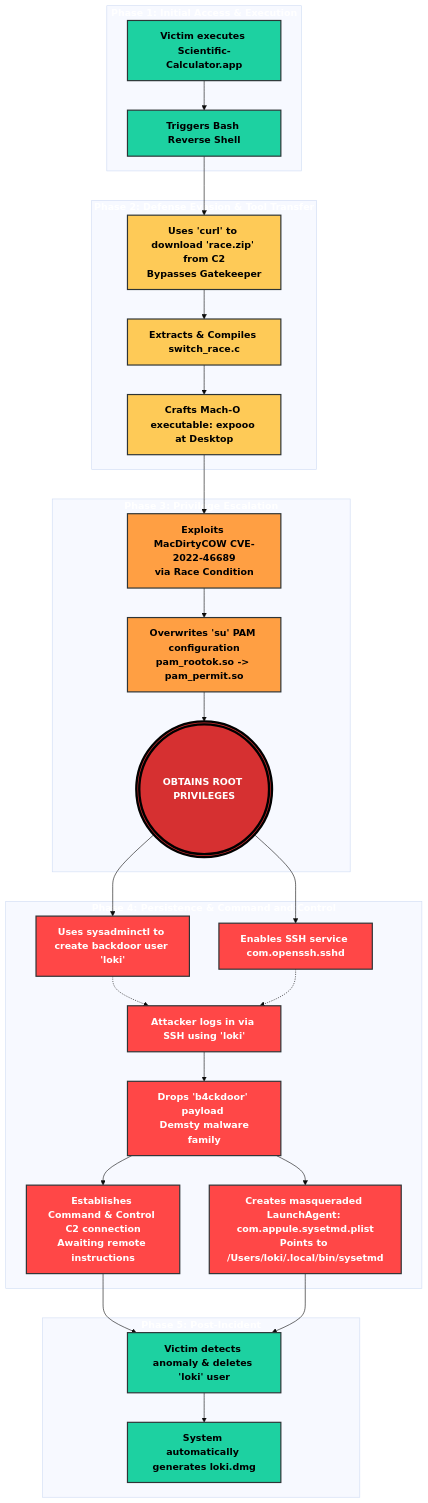
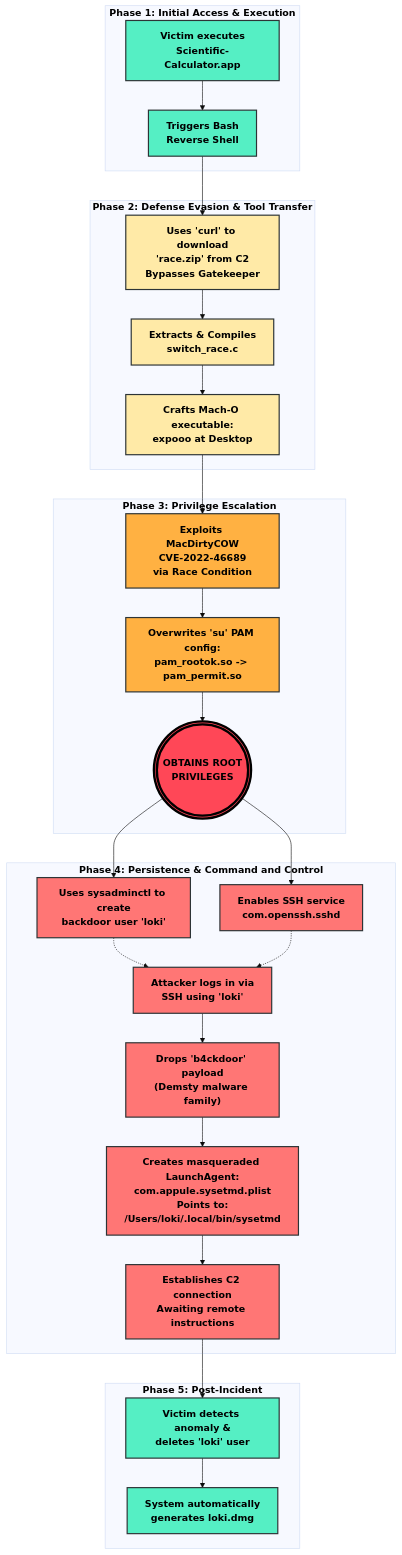
Before and after one commit to kitnee/CTF_WriteUps: the diagram in Sherlock/Ruse/wu.md, drawn with Mermaid (base theme).

Commit message:
Update mermaid diagram for attack chain phases

````diff
--- a/Sherlock/Ruse/wu.md
+++ b/Sherlock/Ruse/wu.md
@@ -587,40 +587,40 @@
 ```mermaid
 flowchart TD
-    classDef red fill:#ff4747,stroke:#2d3436,stroke-width:2px,color:#ffffff,font-weight:bold;
-    classDef orange fill:#ff9f43,stroke:#2d3436,stroke-width:2px,color:#000000,font-weight:bold;
-    classDef yellow fill:#feca57,stroke:#2d3436,stroke-width:2px,color:#000000,font-weight:bold;
-    classDef green fill:#1dd1a1,stroke:#2d3436,stroke-width:2px,color:#000000,font-weight:bold;
-    classDef root fill:#d63031,stroke:#000000,stroke-width:4px,color:#ffffff,font-weight:bold;
+    %% Đổi toàn bộ chữ sang màu đen (#000000) và dùng màu nền Pastel để chống lỗi hiển thị
+    classDef red fill:#ff7675,stroke:#2d3436,stroke-width:2px,color:#000000,font-weight:bold;
+    classDef orange fill:#ffb142,stroke:#2d3436,stroke-width:2px,color:#000000,font-weight:bold;
+    classDef yellow fill:#ffeaa7,stroke:#2d3436,stroke-width:2px,color:#000000,font-weight:bold;
+    classDef green fill:#55efc4,stroke:#2d3436,stroke-width:2px,color:#000000,font-weight:bold;
+    classDef root fill:#ff4757,stroke:#000000,stroke-width:4px,color:#000000,font-weight:bold;
 
-    subgraph Phase 1: Initial Access & Execution
-        A[Victim executes Scientific-Calculator.app]:::green --> B[Triggers Bash Reverse Shell]:::green
+    subgraph Phase1 ["Phase 1: Initial Access & Execution"]
+        A["Victim executes<br/>Scientific-Calculator.app"]:::green --> B["Triggers Bash<br/>Reverse Shell"]:::green
     end
 
-    subgraph Phase 2: Defense Evasion & Tool Transfer
-        B --> C[Uses 'curl' to download 'race.zip' from C2<br/>Bypasses Gatekeeper]:::yellow
-        C --> D[Extracts & Compiles switch_race.c]:::yellow
-        D --> E[Crafts Mach-O executable: expooo at Desktop]:::yellow
+    subgraph Phase2 ["Phase 2: Defense Evasion & Tool Transfer"]
+        B --> C["Uses 'curl' to download<br/>'race.zip' from C2<br/>Bypasses Gatekeeper"]:::yellow
+        C --> D["Extracts & Compiles<br/>switch_race.c"]:::yellow
+        D --> E["Crafts Mach-O executable:<br/>expooo at Desktop"]:::yellow
     end
 
-    subgraph Phase 3: Privilege Escalation
-        E --> F[Exploits MacDirtyCOW CVE-2022-46689<br/>via Race Condition]:::orange
-        F --> G[Overwrites 'su' PAM configuration<br/>pam_rootok.so -> pam_permit.so]:::orange
-        G --> H(((OBTAINS ROOT PRIVILEGES))):::root
+    subgraph Phase3 ["Phase 3: Privilege Escalation"]
+        E --> F["Exploits MacDirtyCOW<br/>CVE-2022-46689<br/>via Race Condition"]:::orange
+        F --> G["Overwrites 'su' PAM config:<br/>pam_rootok.so -> pam_permit.so"]:::orange
+        G --> H((("OBTAINS ROOT<br/>PRIVILEGES"))):::root
     end
 
-    subgraph Phase 4: Persistence & Command and Control
-        H --> I[Uses sysadminctl to create backdoor user 'loki']:::red
-        H --> J[Enables SSH service com.openssh.sshd]:::red
+    subgraph Phase4 ["Phase 4: Persistence & Command and Control"]
+        H --> I["Uses sysadminctl to create<br/>backdoor user 'loki'"]:::red
+        H --> J["Enables SSH service<br/>com.openssh.sshd"]:::red
         I -.-> K
-        J -.-> K[Attacker logs in via SSH using 'loki']:::red
-        K --> L[Drops 'b4ckdoor' payload <br/> Demsty malware family]:::red
-        L --> M[Creates masqueraded LaunchAgent: com.appule.sysetmd.plist<br/>Points to /Users/loki/.local/bin/sysetmd]:::red
-        L --> P[Establishes Command & Control C2 connection<br/>Awaiting remote instructions]:::red
+        J -.-> K["Attacker logs in via<br/>SSH using 'loki'"]:::red
+        K --> L["Drops 'b4ckdoor' payload<br/>(Demsty malware family)"]:::red
+        L --> M["Creates masqueraded LaunchAgent:<br/>com.appule.sysetmd.plist<br/>Points to:<br/>/Users/loki/.local/bin/sysetmd"]:::red
+        M --> P["Establishes C2 connection<br/>Awaiting remote instructions"]:::red
     end
 
-    subgraph Phase 5: Post-Incident
-        P --> N[Victim detects anomaly & deletes 'loki' user]:::green
-        M --> N
-        N --> O[System automatically generates loki.dmg]:::green
+    subgraph Phase5 ["Phase 5: Post-Incident"]
+        P --> N["Victim detects anomaly &<br/>deletes 'loki' user"]:::green
+        N --> O["System automatically<br/>generates loki.dmg"]:::green
     end
 ```
````
